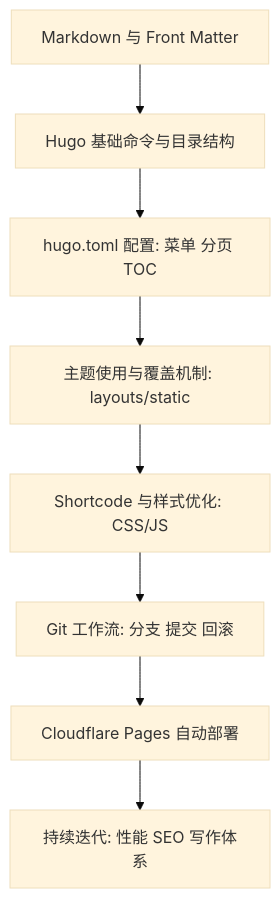
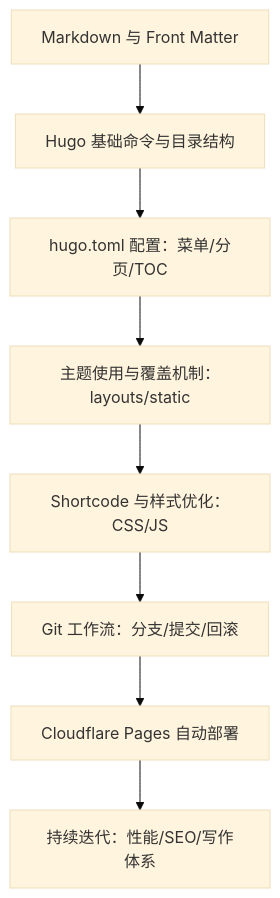
One commit to LuckyIYI7/personal-blog changed the diagram in content/posts/hugo博客搭建复盘.md. Above: the diagram before and after it, drawn with Mermaid (base theme). The commit also changed other lines of this file and 5 other files, not shown here.

````diff
--- a/content/posts/hugo博客搭建复盘.md
+++ b/content/posts/hugo博客搭建复盘.md
@@ -121,10 +121,10 @@
 ```mermaid
 graph TD
-A[Markdown 与 Front Matter] --> B[Hugo 基础命令与目录结构]
-B --> C[hugo.toml 配置: 菜单 分页 TOC]
-C --> D[主题使用与覆盖机制: layouts/static]
-D --> E[Shortcode 与样式优化: CSS/JS]
-E --> F[Git 工作流: 分支 提交 回滚]
-F --> G[Cloudflare Pages 自动部署]
-G --> H[持续迭代: 性能 SEO 写作体系]
+  A["Markdown 与 Front Matter"] --> B["Hugo 基础命令与目录结构"]
+  B --> C["hugo.toml 配置：菜单/分页/TOC"]
+  C --> D["主题使用与覆盖机制：layouts/static"]
+  D --> E["Shortcode 与样式优化：CSS/JS"]
+  E --> F["Git 工作流：分支/提交/回滚"]
+  F --> G["Cloudflare Pages 自动部署"]
+  G --> H["持续迭代：性能/SEO/写作体系"]
 ```
````
